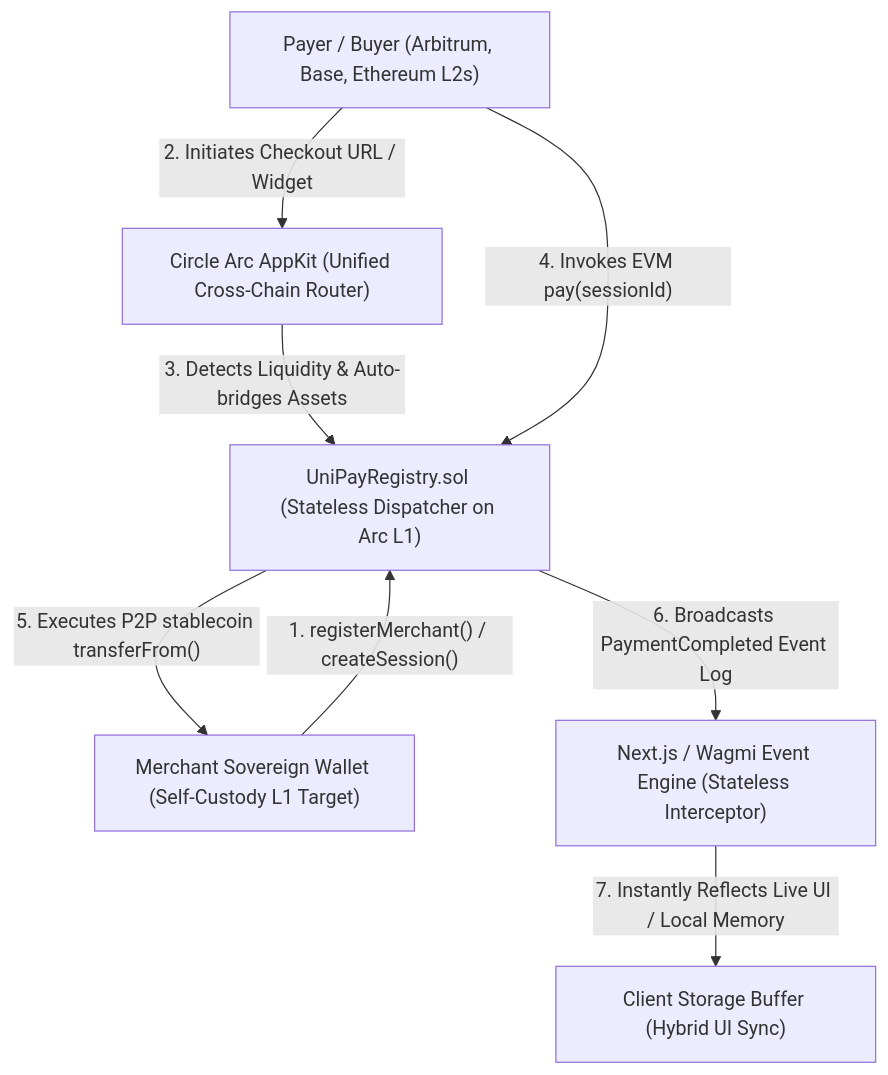
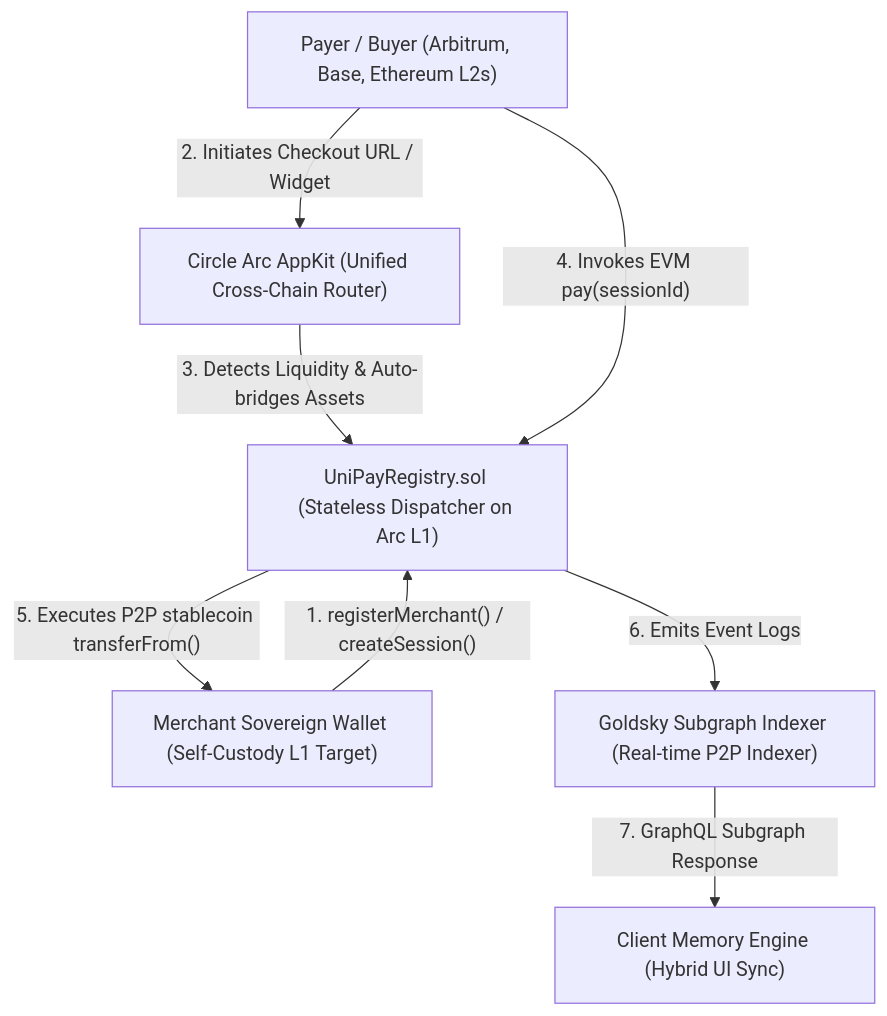
Before and after one commit to Zaynsky12/unipay: the diagram in README.md, drawn with Mermaid. The commit also changed 23 other files, not shown here.

````diff
--- a/README.md
+++ b/README.md
@@ -20,19 +20,19 @@
 ```mermaid
 graph TD
     %% Entities
     Buyer["Payer / Buyer (Arbitrum, Base, Ethereum L2s)"]
     AppKit["Circle Arc AppKit (Unified Cross-Chain Router)"]
     Registry["UniPayRegistry.sol (Stateless Dispatcher on Arc L1)"]
     Merchant["Merchant Sovereign Wallet (Self-Custody L1 Target)"]
-    Wagmi["Next.js / Wagmi Event Engine (Stateless Interceptor)"]
-    Storage["Client Storage Buffer (Hybrid UI Sync)"]
+    Indexer["Goldsky Subgraph Indexer (Real-time P2P Indexer)"]
+    Storage["Client Memory Engine (Hybrid UI Sync)"]
 
     %% Process Flow
     Merchant -->|"1. registerMerchant() / createSession()"| Registry
     Buyer -->|"2. Initiates Checkout URL / Widget"| AppKit
     AppKit -->|"3. Detects Liquidity & Auto-bridges Assets"| Registry
     Buyer -->|"4. Invokes EVM pay(sessionId)"| Registry
     Registry -->|"5. Executes P2P stablecoin transferFrom()"| Merchant
-    Registry -->|"6. Broadcasts PaymentCompleted Event Log"| Wagmi
-    Wagmi -->|"7. Instantly Reflects Live UI / Local Memory"| Storage
+    Registry -->|"6. Emits Event Logs"| Indexer
+    Indexer -->|"7. GraphQL Subgraph Response"| Storage
 ```
````
